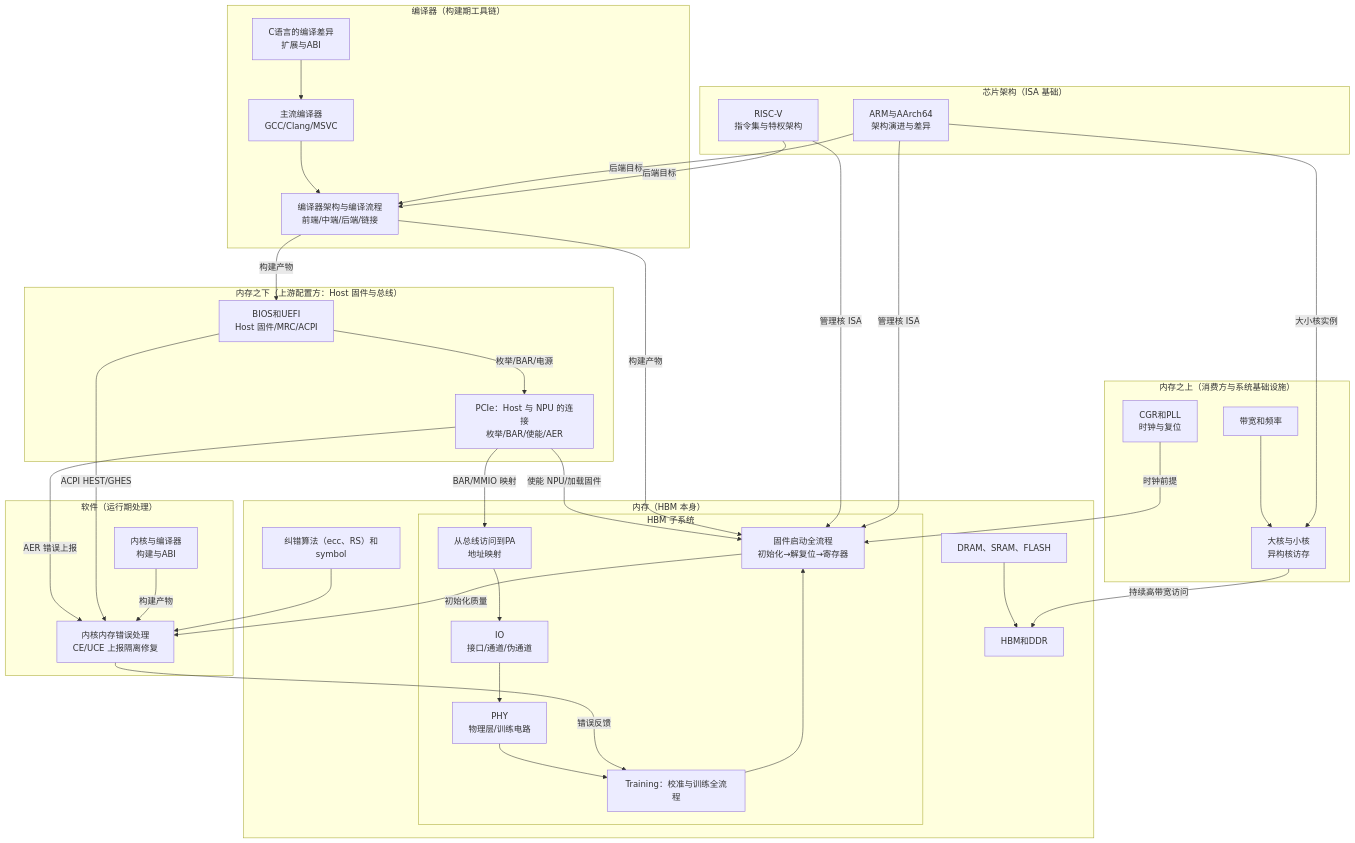
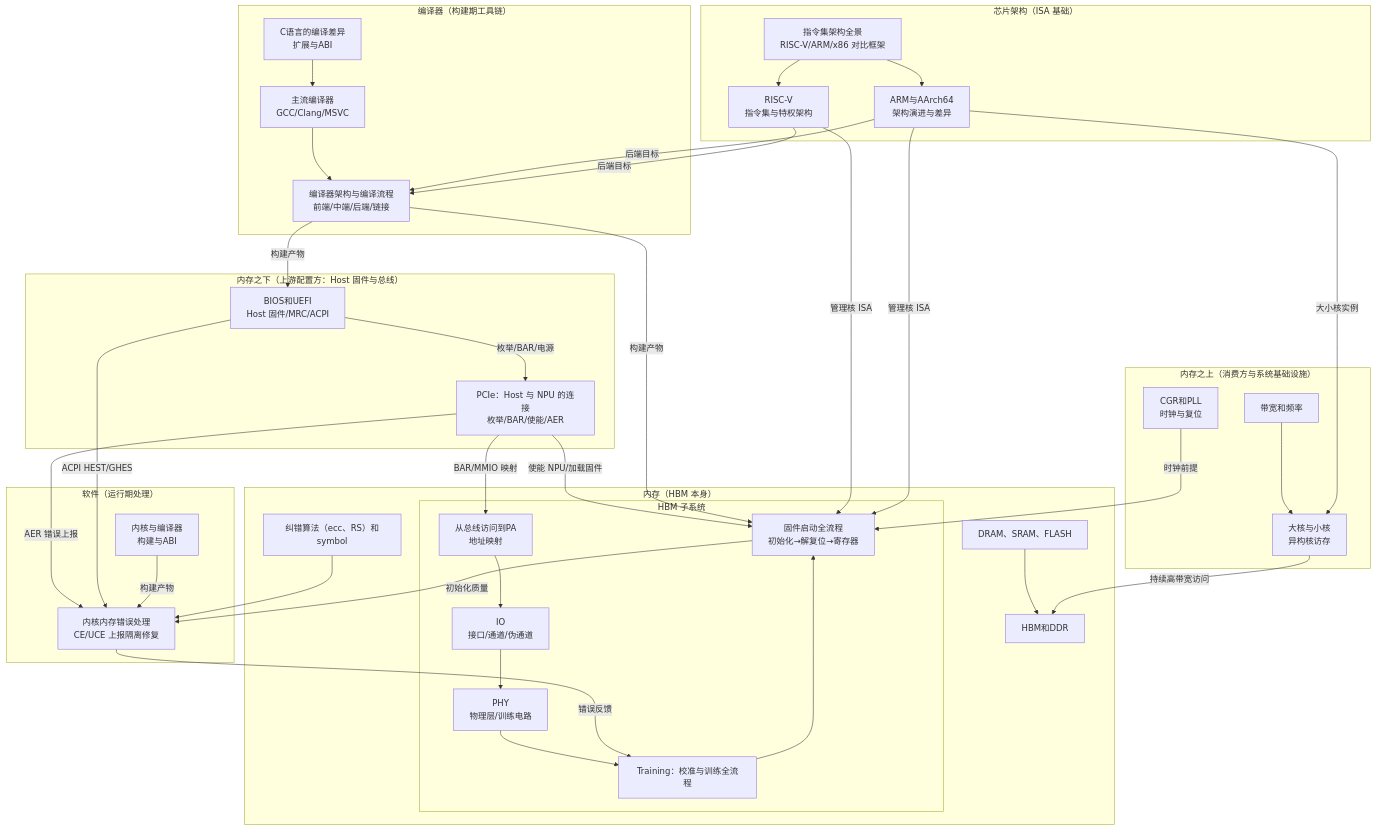
The diagram in notes/计算机系统架构/学习地图.md (CheChc/notes-and-skills), drawn with Mermaid before and after one commit. The commit also changed other lines of this file and 2 other files, not shown here.

Commit message:
新增《指令集架构全景：RISC-V、ARM与x86》并更新学习地图

````diff
--- a/notes/计算机系统架构/学习地图.md
+++ b/notes/计算机系统架构/学习地图.md
@@ -23,64 +23,67 @@
 ```mermaid
 graph TD
     subgraph "内存之下（上游配置方：Host 固件与总线）"
         BIOS["BIOS和UEFI<br/>Host 固件/MRC/ACPI"]
         PCIE["PCIe：Host 与 NPU 的连接<br/>枚举/BAR/使能/AER"]
     end
     subgraph "内存（HBM 本身）"
         BASE["DRAM、SRAM、FLASH"]
         ECC["纠错算法（ecc、RS）和symbol"]
         HD["HBM和DDR"]
         subgraph "HBM 子系统"
             IO["IO<br/>接口/通道/伪通道"]
             PHY["PHY<br/>物理层/训练电路"]
             PA["从总线访问到PA<br/>地址映射"]
             BOOT["固件启动全流程<br/>初始化→解复位→寄存器"]
             TR["Training：校准与训练全流程"]
         end
     end
     subgraph "内存之上（消费方与系统基础设施）"
         CGR["CGR和PLL<br/>时钟与复位"]
         BW["带宽和频率"]
         CORE["大核与小核<br/>异构核访存"]
     end
     subgraph "软件（运行期处理）"
         KERNEL["内核内存错误处理<br/>CE/UCE 上报隔离修复"]
         KCP["内核与编译器<br/>构建与ABI"]
     end
     subgraph "芯片架构（ISA 基础）"
+        ISAMAP["指令集架构全景<br/>RISC-V/ARM/x86 对比框架"]
         RV["RISC-V<br/>指令集与特权架构"]
         ARM["ARM与AArch64<br/>架构演进与差异"]
     end
     subgraph "编译器（构建期工具链）"
         COMP1["编译器架构与编译流程<br/>前端/中端/后端/链接"]
         COMP2["主流编译器<br/>GCC/Clang/MSVC"]
         COMP3["C语言的编译差异<br/>扩展与ABI"]
     end
 
     BIOS -->|"枚举/BAR/电源"| PCIE
     PCIE -->|"使能 NPU/加载固件"| BOOT
     PCIE -->|"BAR/MMIO 映射"| PA
     PCIE -->|"AER 错误上报"| KERNEL
     BIOS -->|"ACPI HEST/GHES"| KERNEL
     CGR -->|"时钟前提"| BOOT
     BASE --> HD
     ECC --> KERNEL
     IO --> PHY
     PHY --> TR
     TR --> BOOT
     PA --> IO
     BW --> CORE
     CORE -->|"持续高带宽访问"| HD
     BOOT -->|"初始化质量"| KERNEL
     KERNEL -->|"错误反馈"| TR
     KCP -->|"构建产物"| KERNEL
     COMP1 -->|"构建产物"| BOOT
     COMP1 -->|"构建产物"| BIOS
     COMP2 --> COMP1
     COMP3 --> COMP2
     ARM -->|"后端目标"| COMP1
     RV -->|"后端目标"| COMP1
+    ISAMAP --> RV
+    ISAMAP --> ARM
     ARM -->|"大小核实例"| CORE
     RV -->|"管理核 ISA"| BOOT
     ARM -->|"管理核 ISA"| BOOT
 ```
````
